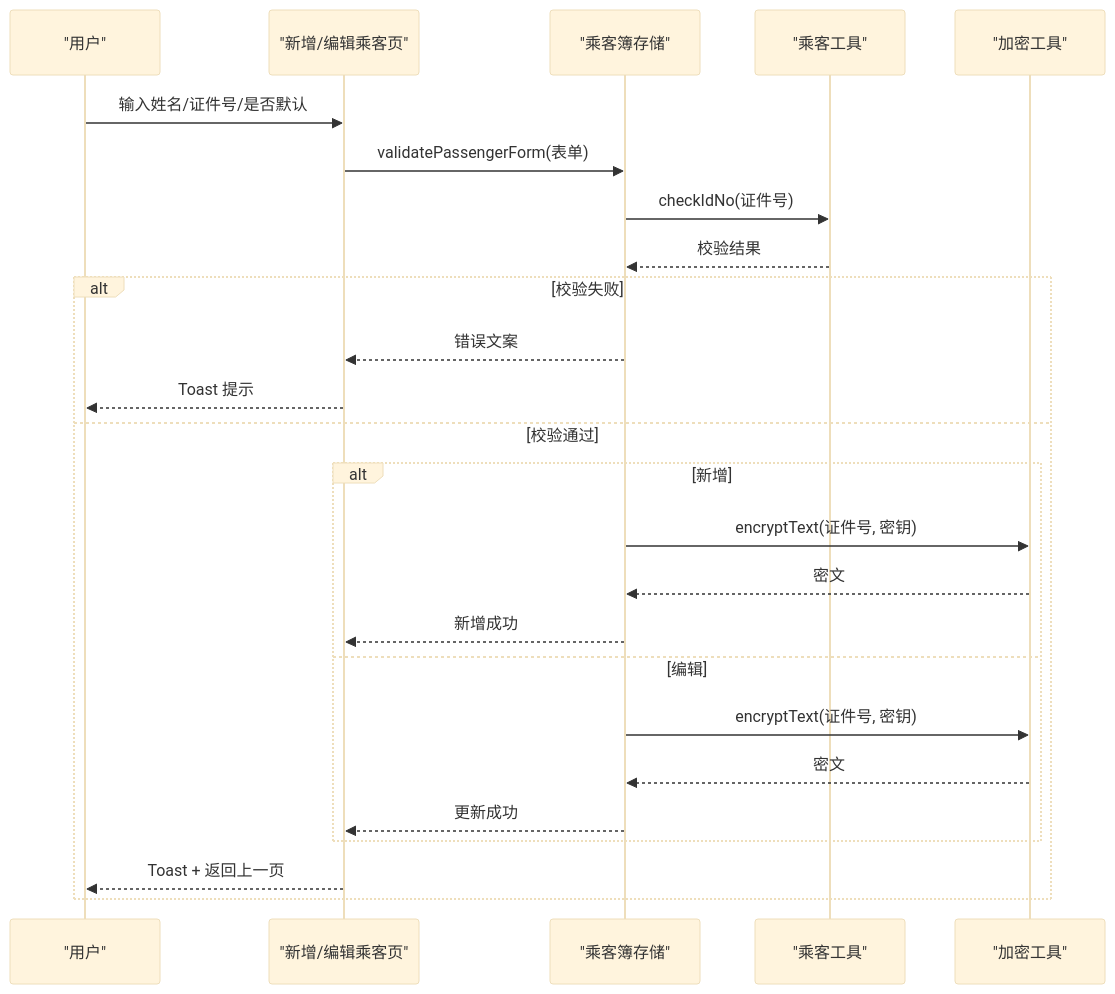
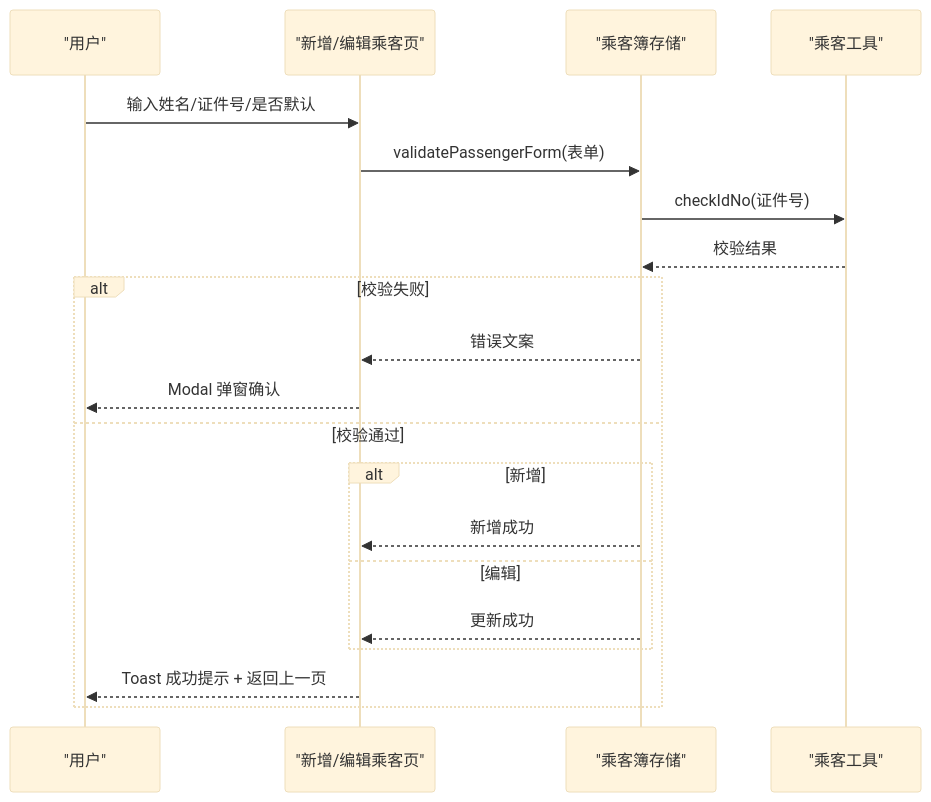
The second of 6 diagrams in .qoder/repowiki/zh/content/用户界面/乘客信息管理.md (Ichi-Hackton/WAIC-WeChat-MiniProgram), drawn with Mermaid (base theme) before and after one commit. The commit also changed other lines of this file and 28 other files, not shown here.

````diff
--- a/.qoder/repowiki/zh/content/用户界面/乘客信息管理.md
+++ b/.qoder/repowiki/zh/content/用户界面/乘客信息管理.md
@@ -87,27 +80,22 @@
 ```mermaid
 sequenceDiagram
 participant U as "用户"
 participant P as "新增/编辑乘客页"
 participant S as "乘客簿存储"
 participant T as "乘客工具"
-participant C as "加密工具"
 U->>P : 输入姓名/证件号/是否默认
 P->>S : validatePassengerForm(表单)
 S->>T : checkIdNo(证件号)
 T-->>S : 校验结果
 alt 校验失败
 S-->>P : 错误文案
-P-->>U : Toast 提示
+P-->>U : Modal 弹窗确认
 else 校验通过
 alt 新增
-S->>C : encryptText(证件号, 密钥)
-C-->>S : 密文
 S-->>P : 新增成功
 else 编辑
-S->>C : encryptText(证件号, 密钥)
-C-->>S : 密文
 S-->>P : 更新成功
 end
-P-->>U : Toast + 返回上一页
+P-->>U : Toast 成功提示 + 返回上一页
 end
 ```
````
